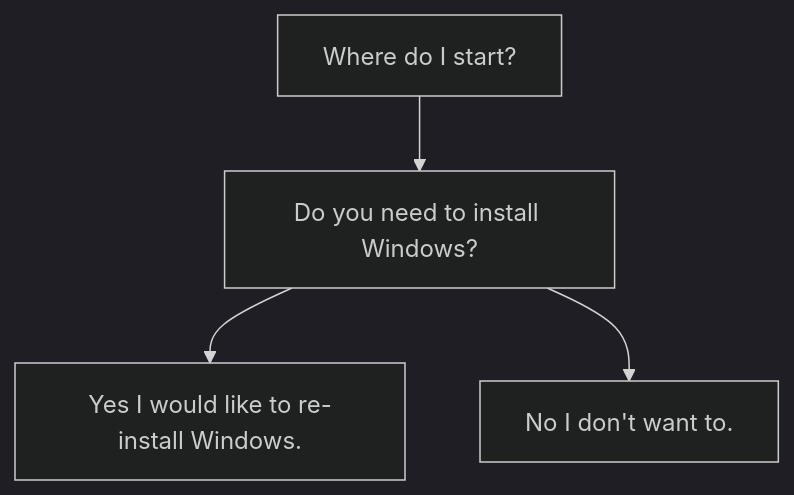
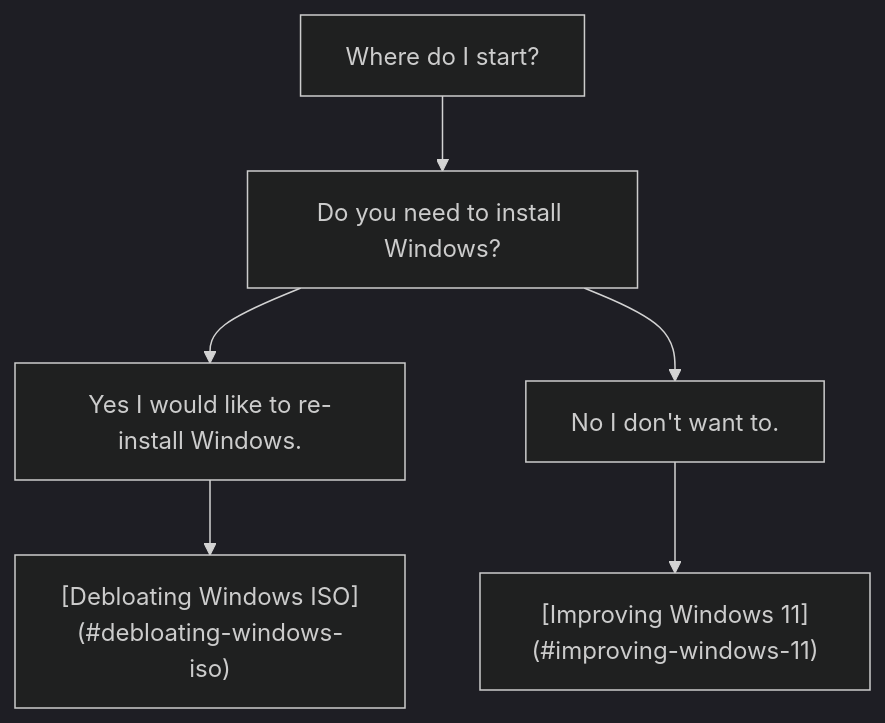
Before and after one commit to anthonymendez/Improve-Windows-11: the diagram in README.md, drawn with Mermaid (dark theme).

Commit message:
Add more nodes

````diff
--- a/README.md
+++ b/README.md
@@ -22,6 +22,8 @@
 ```mermaid
    graph TD;
       START[Where do I start?]-->INSTALL["Do you need to install Windows?"]
       INSTALL-->YES-INSTALL["Yes I would like to re-install Windows."]
       INSTALL-->NO-INSTALL["No I don't want to."]
+      YES-INSTALL-->ISO["[Debloating Windows ISO](#debloating-windows-iso)"]
+      NO-INSTALL-->IMPROVE["[Improving Windows 11](#improving-windows-11)"]
 ```
````
